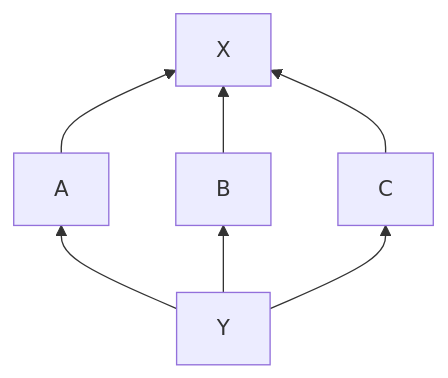
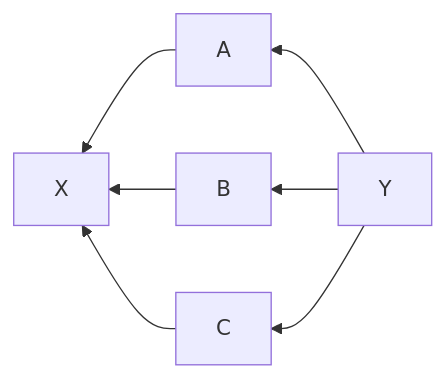
Before and after one commit to sellout/dagny-omnifocus-plugin: the first of 2 diagrams in docs/configuration.md, drawn with Mermaid. The commit also changed other lines of this file and 3 other files, not shown here.

````diff
--- a/docs/configuration.md
+++ b/docs/configuration.md
@@ -55,6 +55,6 @@
 ```mermaid
-graph BT
+graph RL
   Y --> A --> X
   Y --> B --> X
   Y --> C --> X
 ```
````
